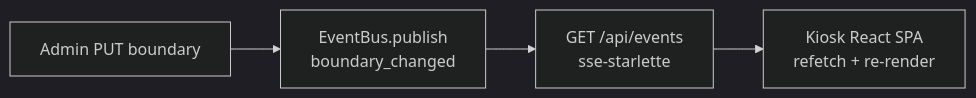
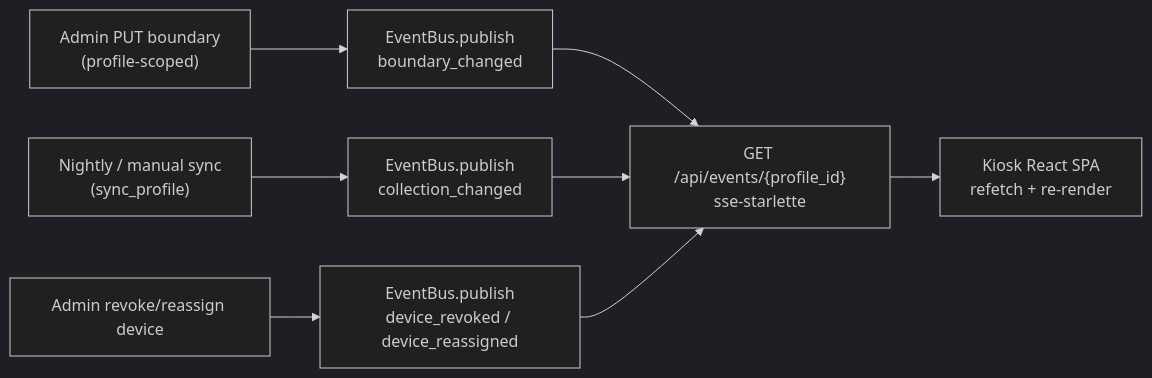
The second of 6 diagrams in docs/ARCHITECTURE.md (SimplicityGuy/GRUVAX), drawn with Mermaid (dark theme) before and after one commit. The commit also changed other lines of this file, not shown here.

First line of the commit message:
docs(architecture): reconcile ARCHITECTURE.md with v2.1 implementation

````diff
--- a/docs/ARCHITECTURE.md
+++ b/docs/ARCHITECTURE.md
@@ -202,6 +295,10 @@
 ```mermaid
 flowchart LR
-    ADM[Admin PUT boundary] --> BUS[EventBus.publish\nboundary_changed]
-    BUS --> SSE[GET /api/events\nsse-starlette]
-    SSE --> KIOSK[Kiosk React SPA\nrefetch + re-render]
+    ADM["Admin PUT boundary\n(profile-scoped)"] --> BUS["EventBus.publish\nboundary_changed"]
+    SYNC["Nightly / manual sync\n(sync_profile)"] --> BUS2["EventBus.publish\ncollection_changed"]
+    DEV["Admin revoke/reassign device"] --> BUS3["EventBus.publish\ndevice_revoked / device_reassigned"]
+    BUS --> SSE["GET /api/events/{profile_id}\nsse-starlette"]
+    BUS2 --> SSE
+    BUS3 --> SSE
+    SSE --> KIOSK["Kiosk React SPA\nrefetch + re-render"]
 ```
````
